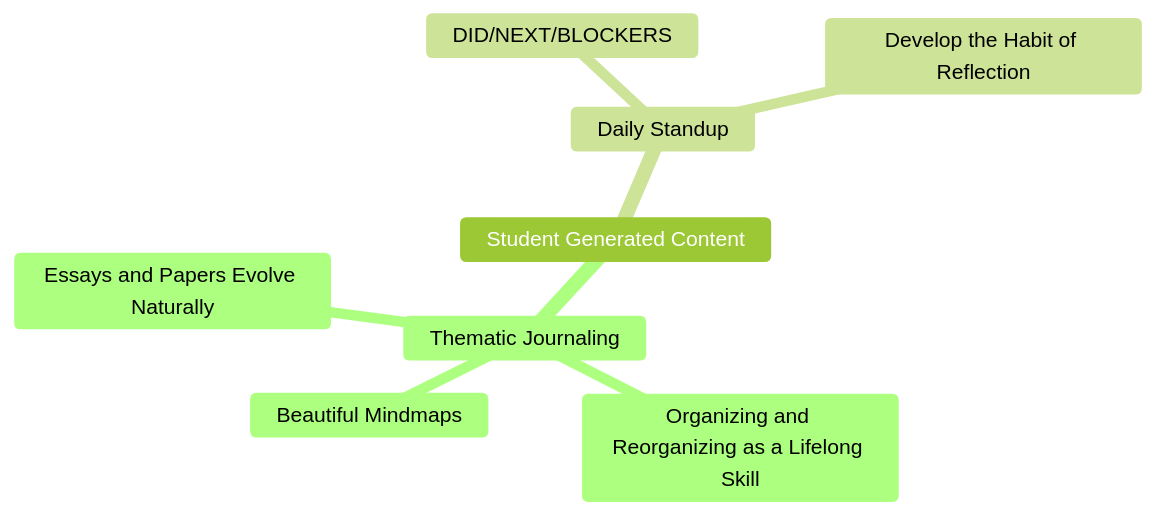
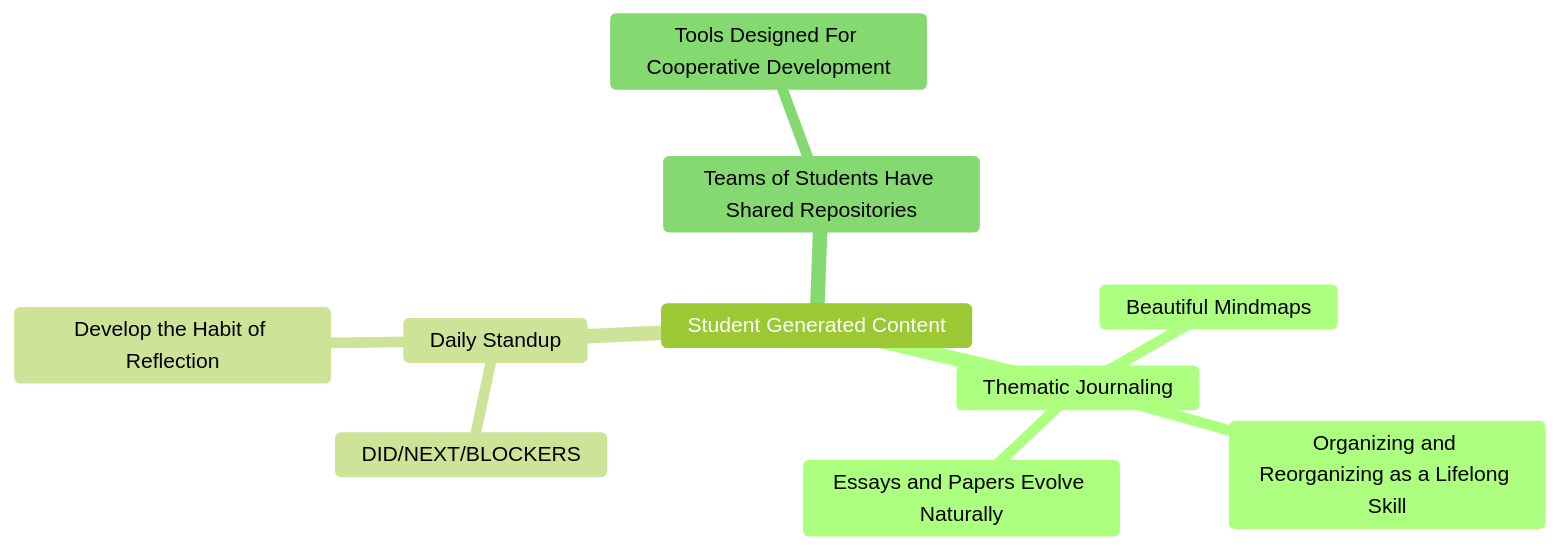
Before and after one commit to marshallflax/vision: the fourth of 4 diagrams in README.md, drawn with Mermaid. The commit also changed other lines of this file, not shown here.

Commit message:
Shared Repos

````diff
--- a/README.md
+++ b/README.md
@@ -138,13 +140,15 @@
 ```mermaid
 %%{init: {'theme':'forest'}}%%
 
 mindmap
  Student Generated Content
   Thematic Journaling 
    Beautiful Mindmaps
    Organizing and Reorganizing as a Lifelong Skill
    Essays and Papers Evolve Naturally
   Daily Standup
    DID/NEXT/BLOCKERS
    Develop the Habit of Reflection
+  Teams of Students Have Shared Repositories
+   Tools Designed For Cooperative Development
 ```
````
